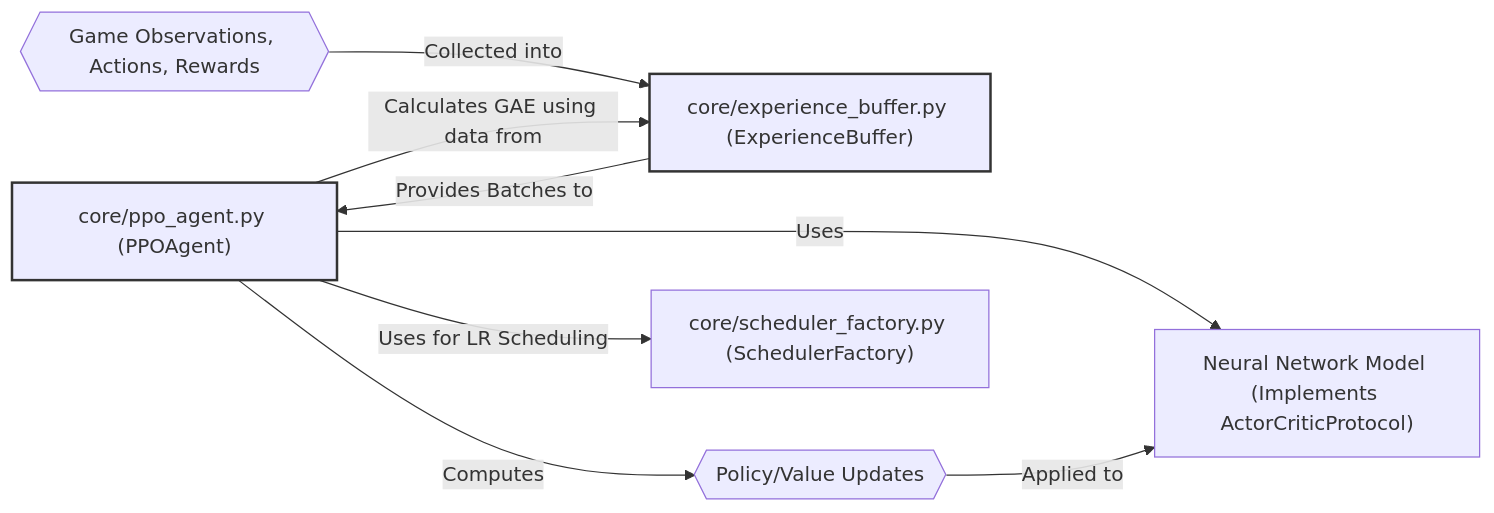
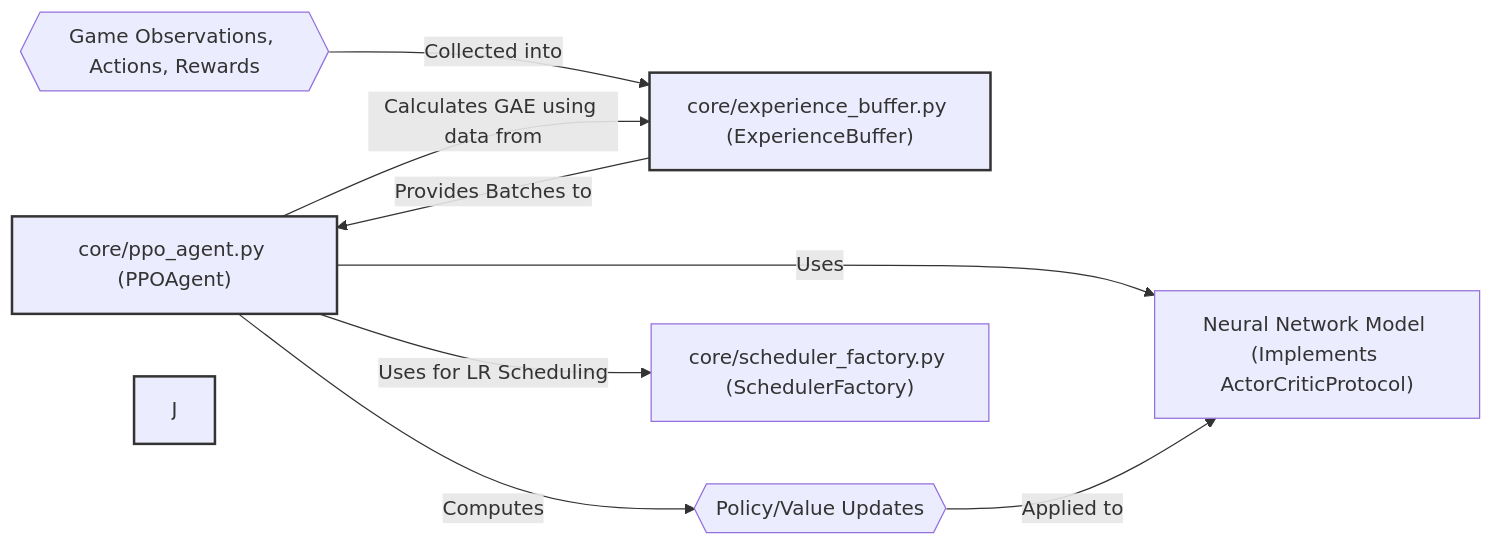
The fifth of 11 diagrams in docs/2. CODE_MAP.md (tachyon-beep/shogidrl), drawn with Mermaid before and after one commit. The commit also changed other lines of this file and 14 other files, not shown here.

Commit message:
Update architecture docs and remove stray submodule

````diff
--- a/docs/2. CODE_MAP.md
+++ b/docs/2. CODE_MAP.md
@@ -416,20 +427,21 @@
 ```mermaid
 graph LR
     A["core/ppo_agent.py (PPOAgent)"]
     B["core/experience_buffer.py (ExperienceBuffer)"]
     C["Neural Network Model (Implements ActorCriticProtocol)"]
     D{{"Game Observations, Actions, Rewards"}}
     E{{"Policy/Value Updates"}}
     F["core/scheduler_factory.py (SchedulerFactory)"]
 
     A -- Uses --> C
     A -- Uses for LR Scheduling --> F
     D -- Collected into --> B
     B -- Provides Batches to --> A
     A -- Calculates GAE using data from --> B
     A -- Computes --> E
     E -- Applied to --> C
 
     style A fill:#lightblue,stroke:#333,stroke-width:2px
     style B fill:#lightgrey,stroke:#333,stroke-width:2px
+    style J fill:#lightgrey,stroke:#333,stroke-width:2px
 ```
````
